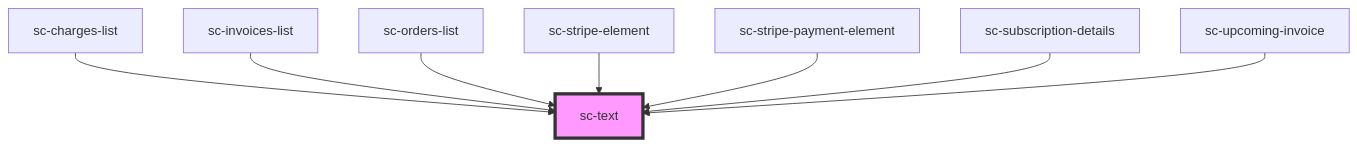
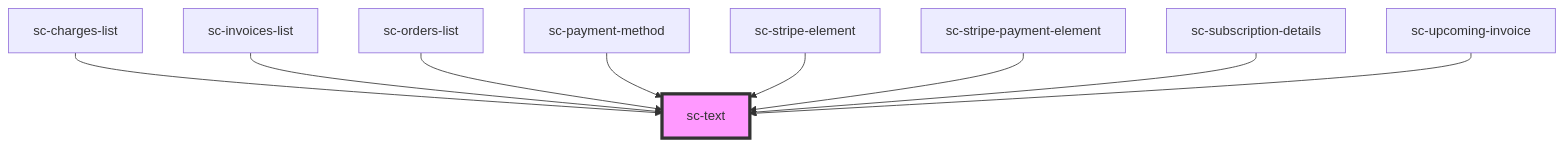
Before and after one commit to surecart/surecart-wp-plugin: the diagram in packages/components/src/components/ui/text/readme.md, drawn with Mermaid. The commit also changed other lines of this file and 12 other files, not shown here.

````diff
--- a/packages/components/src/components/ui/text/readme.md
+++ b/packages/components/src/components/ui/text/readme.md
@@ -29,11 +30,12 @@
 ```mermaid
 graph TD;
   sc-charges-list --> sc-text
   sc-invoices-list --> sc-text
   sc-orders-list --> sc-text
+  sc-payment-method --> sc-text
   sc-stripe-element --> sc-text
   sc-stripe-payment-element --> sc-text
   sc-subscription-details --> sc-text
   sc-upcoming-invoice --> sc-text
   style sc-text fill:#f9f,stroke:#333,stroke-width:4px
 ```
````
